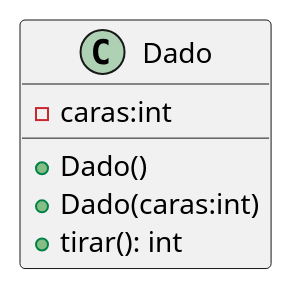
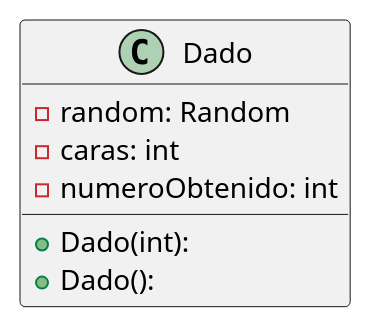
One commit to mcumskov/Algo3_tp2 changed the diagram in diagrams/clases/clase_dado.plantuml. Above: the diagram before and after it, drawn with PlantUML. The commit also changed 25 other files, not shown here.

Commit message:
actualizo mas diagramas

```diff
--- a/diagrams/clases/clase_dado.plantuml
+++ b/diagrams/clases/clase_dado.plantuml
@@ -1,8 +1,12 @@
 @startuml
-    class Dado {
-        - caras:int
-        + Dado()
-        + Dado(caras:int)
-        + tirar(): int
-    }
+skinparam linetype ortho
+
+class Dado {
+  + Dado(int):
+  + Dado():
+  - random: Random
+  - caras: int
+  - numeroObtenido: int
+}
+
 @enduml
```
